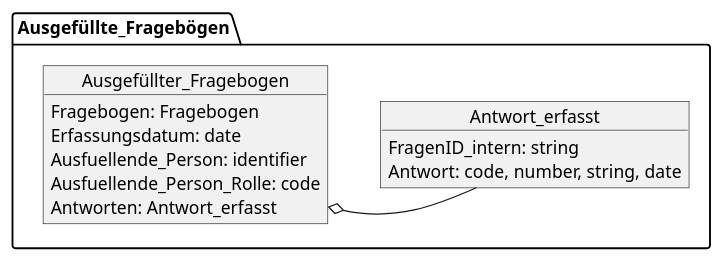
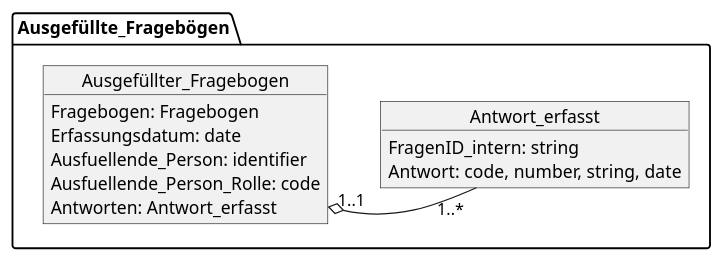
The diagram in input/Images/Logical_Model_UML_Questionnaire_Response.pu (medizininformatik-initiative/kerndatensatzmodul-proms), drawn with PlantUML before and after one commit. The commit also changed other lines of this file, not shown here.

```diff
--- a/input/Images/Logical_Model_UML_Questionnaire_Response.pu
+++ b/input/Images/Logical_Model_UML_Questionnaire_Response.pu
@@ -1,18 +1,18 @@
 @startuml MII_PROMs_Fragebögen
 package Ausgefüllte_Fragebögen {
     object Ausgefüllter_Fragebogen {
         Fragebogen: Fragebogen
         Erfassungsdatum: date
         Ausfuellende_Person: identifier
         Ausfuellende_Person_Rolle: code 
         Antworten: Antwort_erfasst
     }
     object Antwort_erfasst {
         FragenID_intern: string
         Antwort: code, number, string, date
 
     }
-    Ausgefüllter_Fragebogen::Antworten o-right- Antwort_erfasst
+    Ausgefüllter_Fragebogen::Antworten "1..1" o-right- "1..*" Antwort_erfasst
 }
 
 @enduml
```
